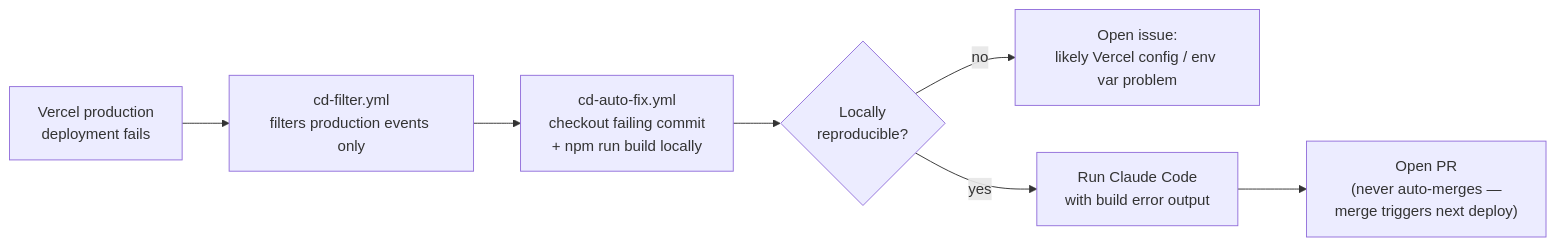
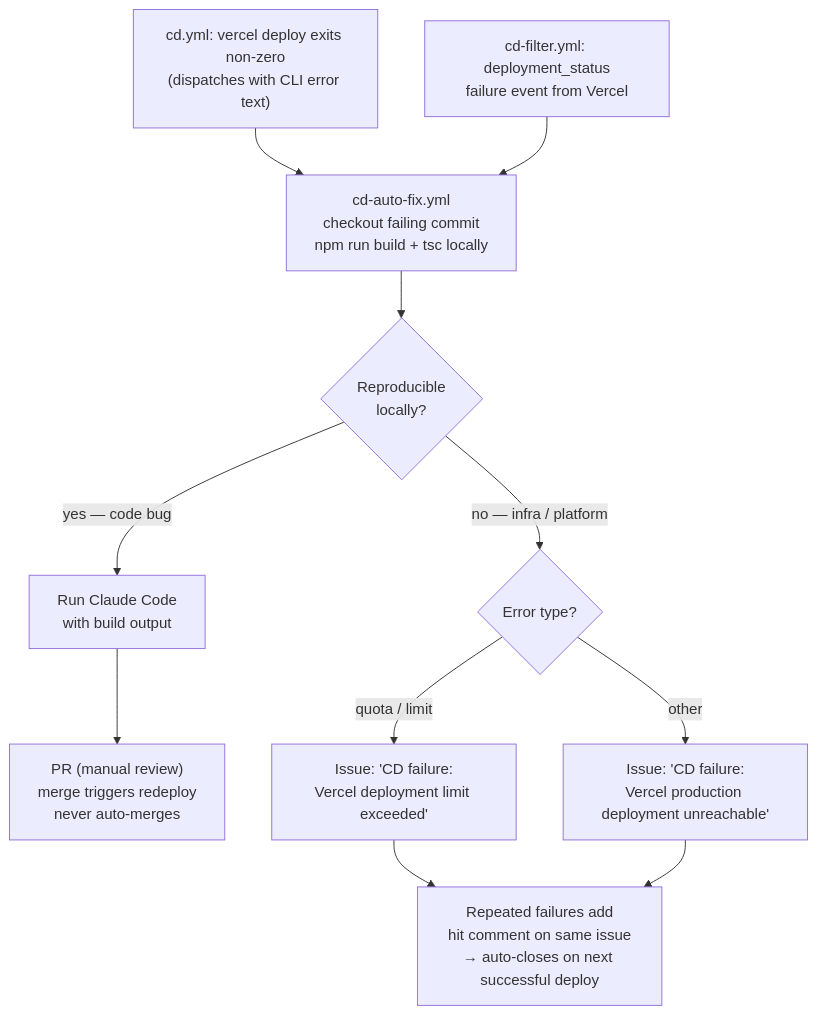
One commit to zhaoanliu/job-tracker changed the ninth of 10 diagrams in README.md. Above: the diagram before and after it, drawn with Mermaid. The commit also changed other lines of this file and 1 other file, not shown here.

````diff
--- a/README.md
+++ b/README.md
@@ -327,9 +379,17 @@
 ```mermaid
-flowchart LR
-    fail["Vercel production\ndeployment fails"] --> filter["cd-filter.yml\nfilters production events only"]
-    filter --> cdfix["cd-auto-fix.yml\ncheckout failing commit\n+ npm run build locally"]
-    cdfix --> repro{"Locally\nreproducible?"}
-    repro -->|"no"| issue["Open issue:\nlikely Vercel config / env var problem"]
-    repro -->|"yes"| claude["Run Claude Code\nwith build error output"]
-    claude --> pr["Open PR\n(never auto-merges —\nmerge triggers next deploy)"]
+flowchart TD
+    cdyml["cd.yml: vercel deploy exits non-zero\n(dispatches with CLI error text)"] --> cdfix
+    filter["cd-filter.yml: deployment_status\nfailure event from Vercel"] --> cdfix
+
+    cdfix["cd-auto-fix.yml\ncheckout failing commit\nnpm run build + tsc locally"]
+
+    cdfix --> repro{"Reproducible\nlocally?"}
+
+    repro -->|"yes — code bug"| claude["Run Claude Code\nwith build output"]
+    claude --> pr["PR (manual review)\nmerge triggers redeploy\nnever auto-merges"]
+
+    repro -->|"no — infra / platform"| classify{"Error type?"}
+    classify -->|"quota / limit"| quota["Issue: 'CD failure:\nVercel deployment limit exceeded'"]
+    classify -->|"other"| unreachable["Issue: 'CD failure:\nVercel production deployment unreachable'"]
+    quota & unreachable --> hit["Repeated failures add\nhit comment on same issue\n→ auto-closes on next successful deploy"]
 ```
````
